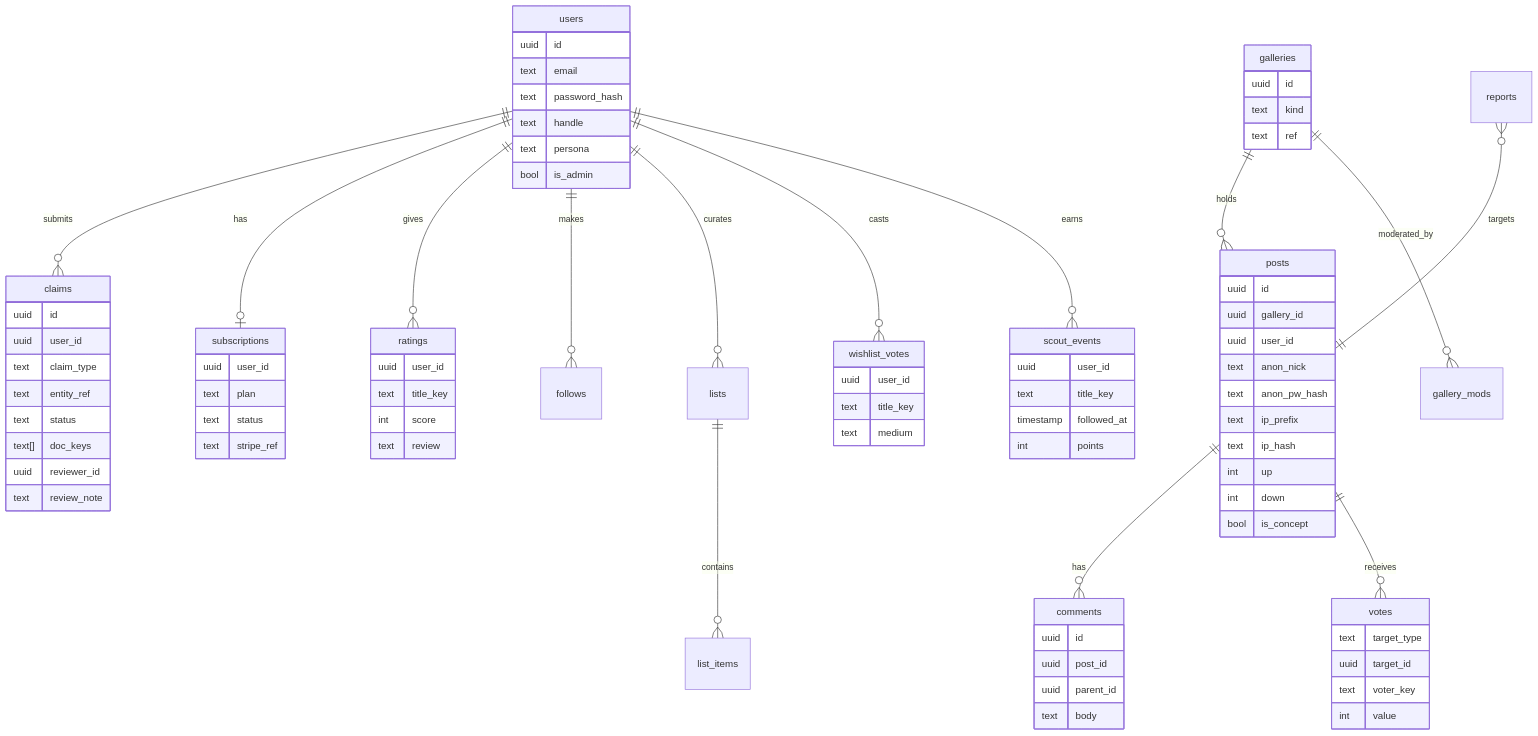
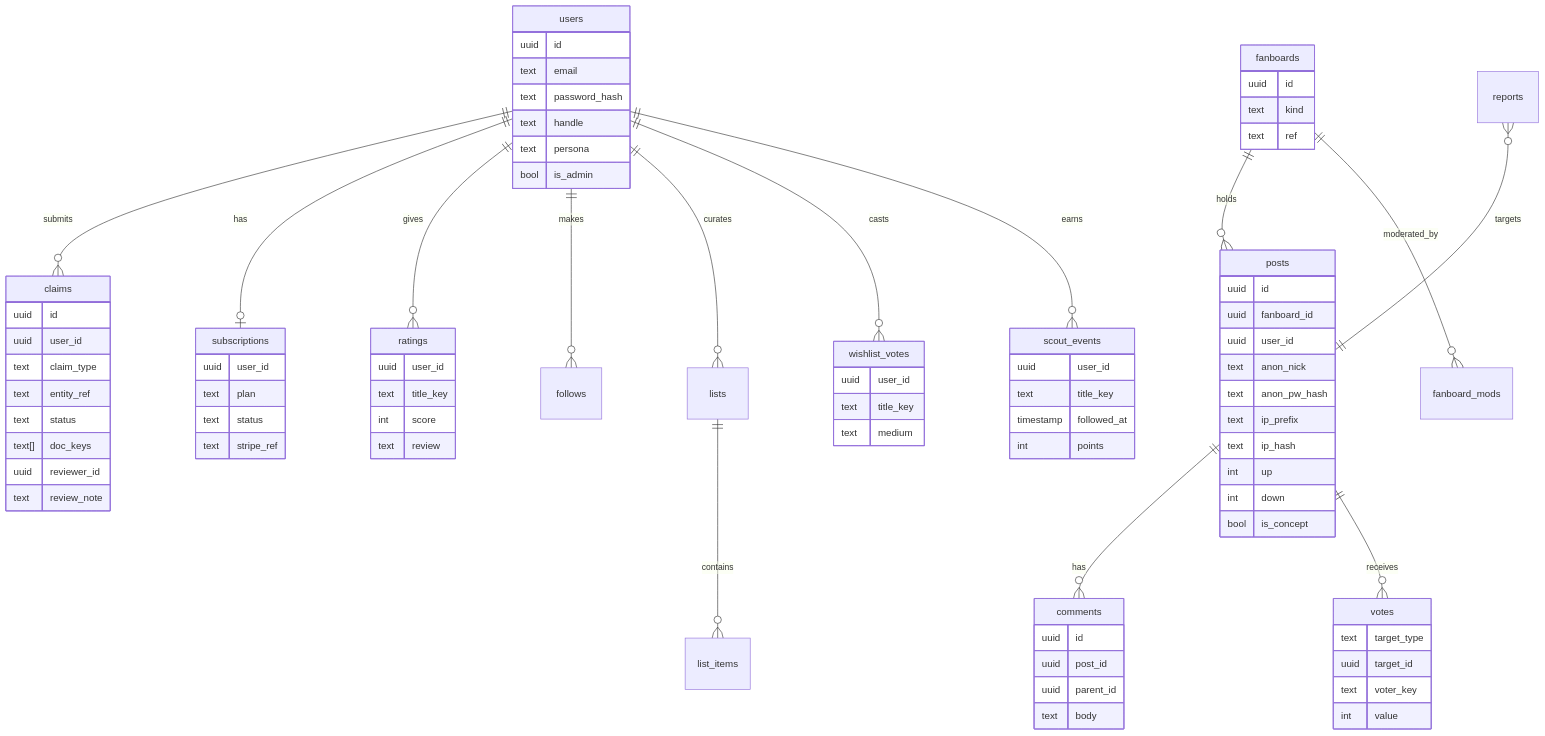
One commit to projectjwh/plotline changed the third of 3 diagrams in docs/product/architecture.md. Above: the diagram before and after it, drawn with Mermaid. The commit also changed other lines of this file and 14 other files, not shown here.

First line of the commit message:
Light/dark themes, compact fanboards, galleries→fanboards rename, decision log

```diff
--- a/docs/product/architecture.md
+++ b/docs/product/architecture.md
@@ -151,10 +151,10 @@
   users ||--o{ follows : makes
   users ||--o{ lists : curates
   lists ||--o{ list_items : contains
-  galleries ||--o{ posts : holds
+  fanboards ||--o{ posts : holds
   posts ||--o{ comments : has
   posts ||--o{ votes : receives
-  galleries ||--o{ gallery_mods : moderated_by
+  fanboards ||--o{ fanboard_mods : moderated_by
   users ||--o{ wishlist_votes : casts
   users ||--o{ scout_events : earns
   reports }o--|| posts : targets
@@ -182,14 +182,14 @@
     text status
     text stripe_ref
   }
-  galleries {
+  fanboards {
     uuid id
     text kind
     text ref
   }
   posts {
     uuid id
-    uuid gallery_id
+    uuid fanboard_id
     uuid user_id
     text anon_nick
     text anon_pw_hash
```
